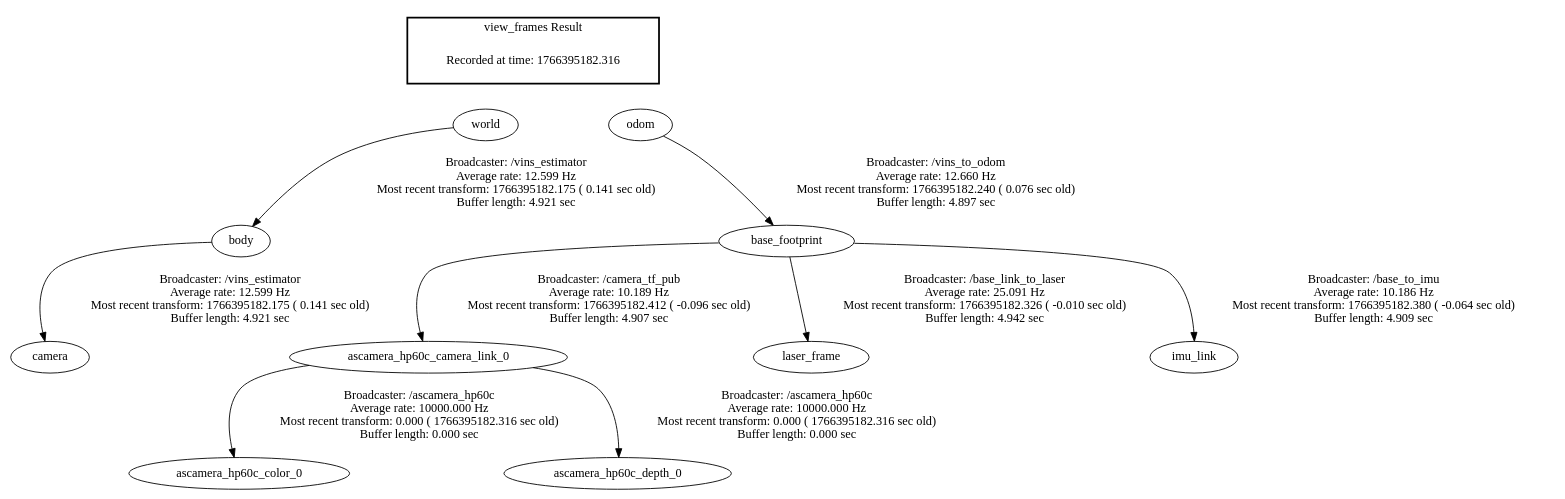
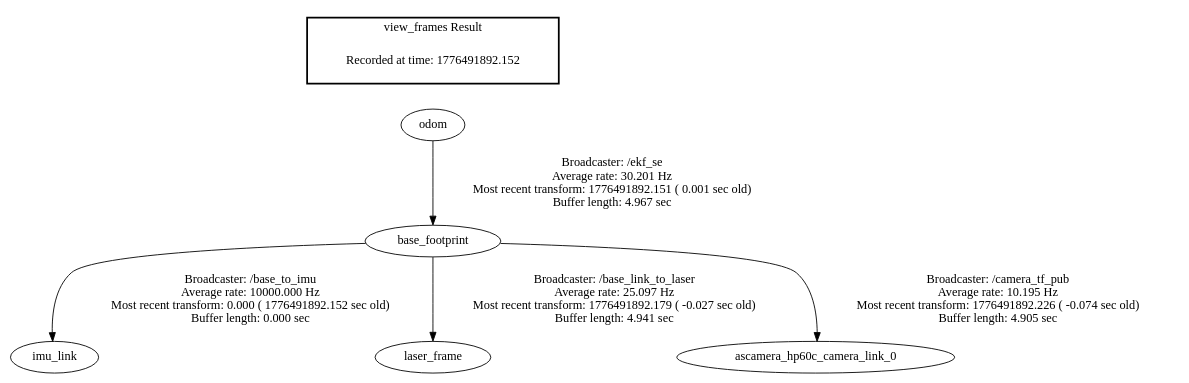
Before and after one commit to 2022090914028ysr-dotcom/rk3588: the diagram in NavOA_ws/frames.gv, drawn with Graphviz. The commit also changed 823 other files, not shown here.

```diff
--- a/NavOA_ws/frames.gv
+++ b/NavOA_ws/frames.gv
@@ -1,18 +1,10 @@
 digraph G {
-"ascamera_hp60c_camera_link_0" -> "ascamera_hp60c_color_0"[label="Broadcaster: /ascamera_hp60c\nAverage rate: 10000.000 Hz\nMost recent transform: 0.000 ( 1766395182.316 sec old)\nBuffer length: 0.000 sec\n"];
-"base_footprint" -> "ascamera_hp60c_camera_link_0"[label="Broadcaster: /camera_tf_pub\nAverage rate: 10.189 Hz\nMost recent transform: 1766395182.412 ( -0.096 sec old)\nBuffer length: 4.907 sec\n"];
-"ascamera_hp60c_camera_link_0" -> "ascamera_hp60c_depth_0"[label="Broadcaster: /ascamera_hp60c\nAverage rate: 10000.000 Hz\nMost recent transform: 0.000 ( 1766395182.316 sec old)\nBuffer length: 0.000 sec\n"];
-"world" -> "body"[label="Broadcaster: /vins_estimator\nAverage rate: 12.599 Hz\nMost recent transform: 1766395182.175 ( 0.141 sec old)\nBuffer length: 4.921 sec\n"];
-"body" -> "camera"[label="Broadcaster: /vins_estimator\nAverage rate: 12.599 Hz\nMost recent transform: 1766395182.175 ( 0.141 sec old)\nBuffer length: 4.921 sec\n"];
-"base_footprint" -> "laser_frame"[label="Broadcaster: /base_link_to_laser\nAverage rate: 25.091 Hz\nMost recent transform: 1766395182.326 ( -0.010 sec old)\nBuffer length: 4.942 sec\n"];
-"odom" -> "base_footprint"[label="Broadcaster: /vins_to_odom\nAverage rate: 12.660 Hz\nMost recent transform: 1766395182.240 ( 0.076 sec old)\nBuffer length: 4.897 sec\n"];
-"base_footprint" -> "imu_link"[label="Broadcaster: /base_to_imu\nAverage rate: 10.186 Hz\nMost recent transform: 1766395182.380 ( -0.064 sec old)\nBuffer length: 4.909 sec\n"];
+"base_footprint" -> "imu_link"[label="Broadcaster: /base_to_imu\nAverage rate: 10000.000 Hz\nMost recent transform: 0.000 ( 1776491892.152 sec old)\nBuffer length: 0.000 sec\n"];
+"odom" -> "base_footprint"[label="Broadcaster: /ekf_se\nAverage rate: 30.201 Hz\nMost recent transform: 1776491892.151 ( 0.001 sec old)\nBuffer length: 4.967 sec\n"];
+"base_footprint" -> "laser_frame"[label="Broadcaster: /base_link_to_laser\nAverage rate: 25.097 Hz\nMost recent transform: 1776491892.179 ( -0.027 sec old)\nBuffer length: 4.941 sec\n"];
+"base_footprint" -> "ascamera_hp60c_camera_link_0"[label="Broadcaster: /camera_tf_pub\nAverage rate: 10.195 Hz\nMost recent transform: 1776491892.226 ( -0.074 sec old)\nBuffer length: 4.905 sec\n"];
 edge [style=invis];
  subgraph cluster_legend { style=bold; color=black; label ="view_frames Result";
-"Recorded at time: 1766395182.316"[ shape=plaintext ] ;
- }->"world";
-edge [style=invis];
- subgraph cluster_legend { style=bold; color=black; label ="view_frames Result";
-"Recorded at time: 1766395182.316"[ shape=plaintext ] ;
+"Recorded at time: 1776491892.152"[ shape=plaintext ] ;
  }->"odom";
 }
```
